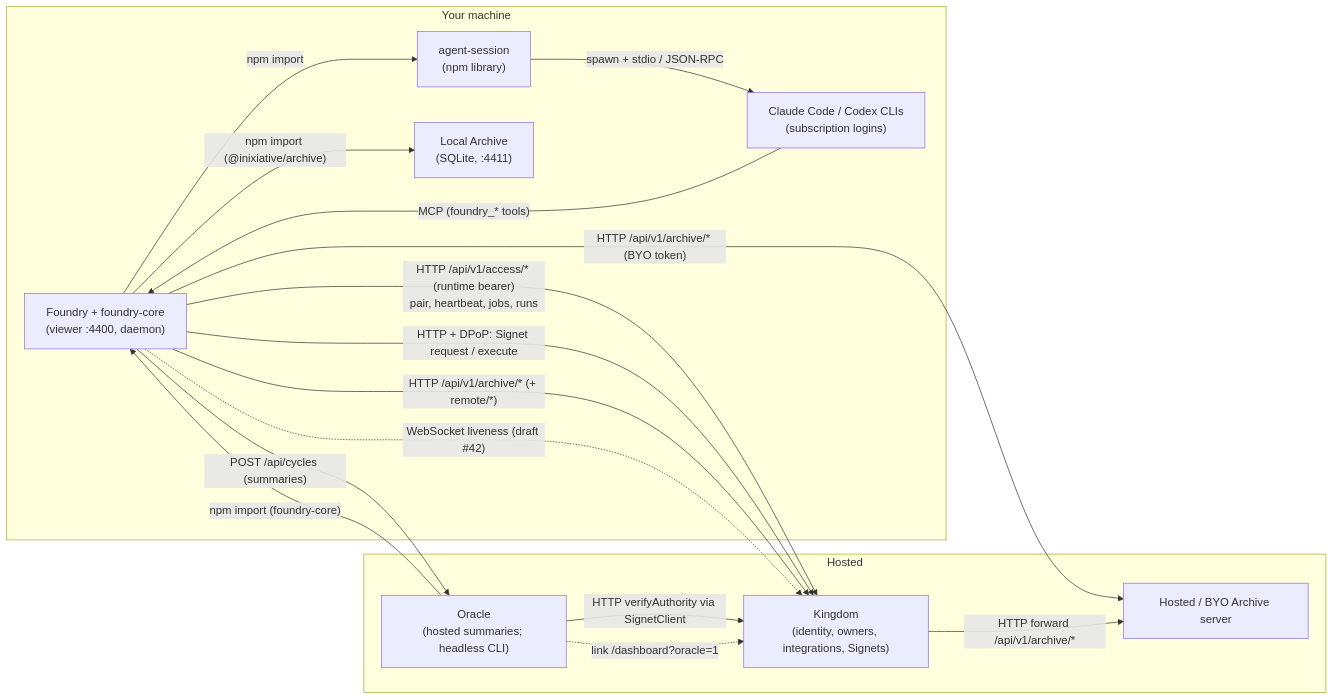
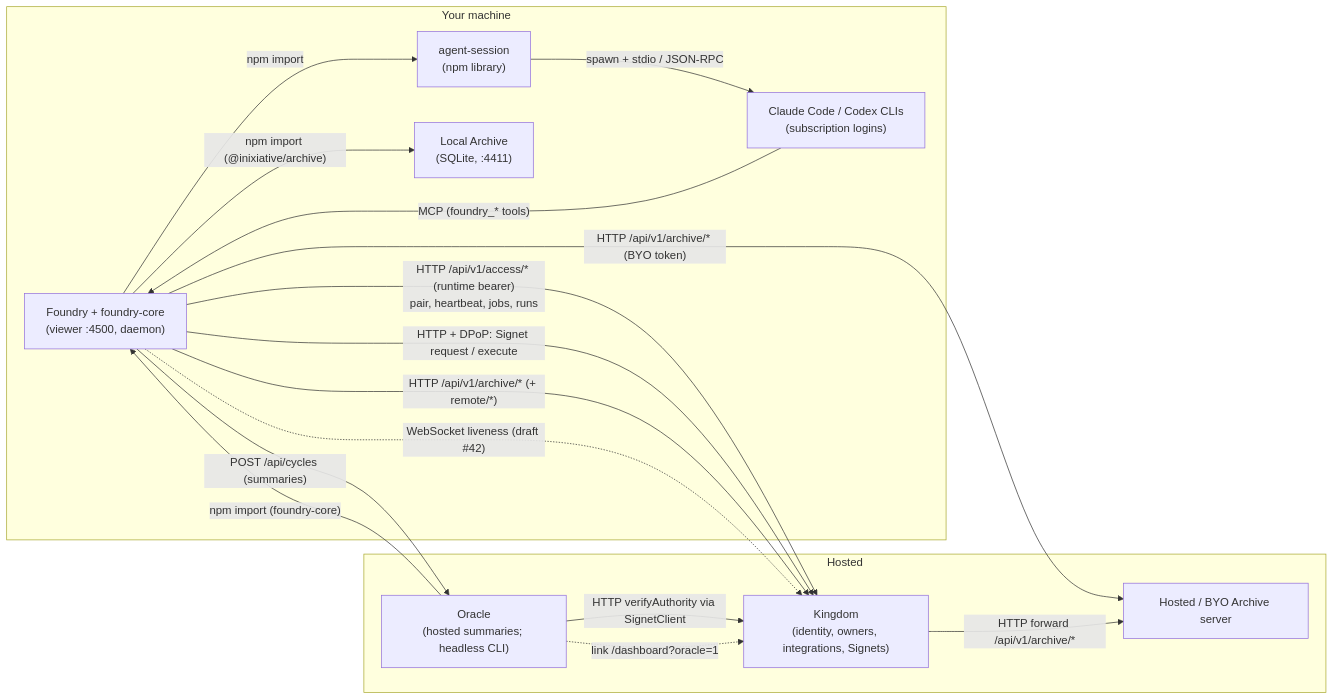
One commit to inixiative/foundry changed the diagram in docs/SYSTEM-MAP.md. Above: the diagram before and after it, drawn with Mermaid. The commit also changed other lines of this file and 28 other files, not shown here.

````diff
--- a/docs/SYSTEM-MAP.md
+++ b/docs/SYSTEM-MAP.md
@@ -9,28 +9,28 @@
 ```mermaid
 flowchart LR
   subgraph local["Your machine"]
-    F["Foundry + foundry-core<br/>(viewer :4400, daemon)"]
+    F["Foundry + foundry-core<br/>(viewer :4500, daemon)"]
     AS["agent-session<br/>(npm library)"]
     CLI["Claude Code / Codex CLIs<br/>(subscription logins)"]
     LA["Local Archive<br/>(SQLite, :4411)"]
   end
   subgraph hosted["Hosted"]
     K["Kingdom<br/>(identity, owners, integrations, Signets)"]
     HA["Hosted / BYO Archive server"]
     O["Oracle<br/>(hosted summaries; headless CLI)"]
   end
   F -- "npm import" --> AS
   AS -- "spawn + stdio / JSON-RPC" --> CLI
   CLI -- "MCP (foundry_* tools)" --> F
   F -- "npm import (@inixiative/archive)" --> LA
   F -- "HTTP /api/v1/access/* (runtime bearer)<br/>pair, heartbeat, jobs, runs" --> K
   F -- "HTTP + DPoP: Signet request / execute" --> K
   F -- "HTTP /api/v1/archive/* (+ remote/*)" --> K
   F -. "WebSocket liveness (draft #42)" .-> K
   F -- "HTTP /api/v1/archive/* (BYO token)" --> HA
   K -- "HTTP forward /api/v1/archive/*" --> HA
   O -- "npm import (foundry-core)" --> F
   O -- "HTTP verifyAuthority via SignetClient" --> K
   F -- "POST /api/cycles (summaries)" --> O
   O -. "link /dashboard?oracle=1" .-> K
 ```
````
